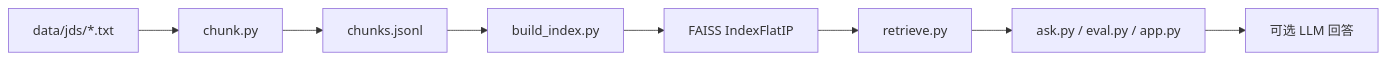
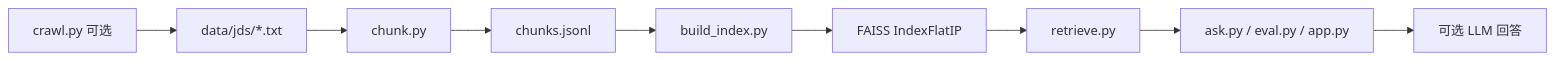
Before and after one commit to IDK-han/jd-rag-qa: the diagram in README.md, drawn with Mermaid. The commit also changed other lines of this file, not shown here.

Commit message:
docs: document crawl.py flow and ethics notes

````diff
--- a/README.md
+++ b/README.md
@@ -10,10 +10,11 @@
 ```mermaid
 flowchart LR
-  A[data/jds/*.txt] --> B[chunk.py]
+  C0[crawl.py 可选] --> A[data/jds/*.txt]
+  A --> B[chunk.py]
   B --> C[chunks.jsonl]
   C --> D[build_index.py]
   D --> E[FAISS IndexFlatIP]
   E --> F[retrieve.py]
   F --> G[ask.py / eval.py / app.py]
   G --> H[可选 LLM 回答]
 ```
````
